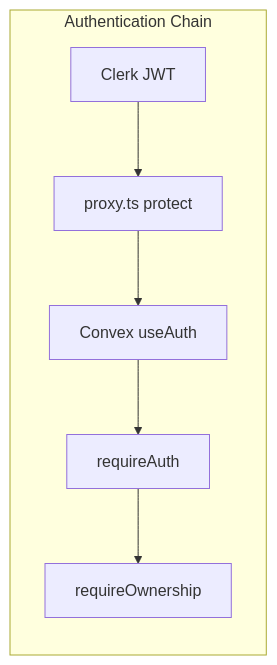
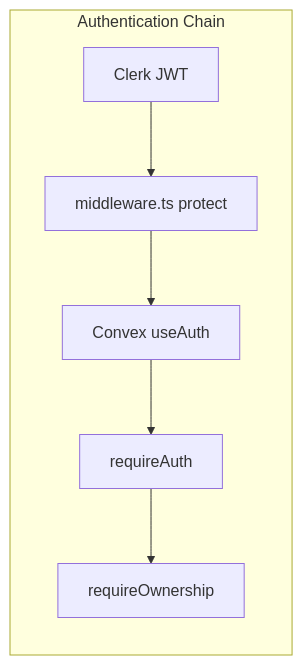
The sixth of 8 diagrams in README.md (Harshithk951/Resume-Flow), drawn with Mermaid before and after one commit. The commit also changed other lines of this file and 1 other file, not shown here.

Commit message:
Fix auth in production: rename proxy.ts to middleware.ts (Next.js only picks up middleware.ts at root), update README references

````diff
--- a/README.md
+++ b/README.md
@@ -414,15 +414,15 @@
 ```mermaid
 flowchart LR
   subgraph auth [Authentication Chain]
     JWT[Clerk JWT]
-    Proxy[proxy.ts protect]
+    Proxy[middleware.ts protect]
     ConvexAuth[Convex useAuth]
     RequireAuth[requireAuth]
     RequireOwner[requireOwnership]
   end
 
   JWT --> Proxy
   Proxy --> ConvexAuth
   ConvexAuth --> RequireAuth
   RequireAuth --> RequireOwner
 ```
````
